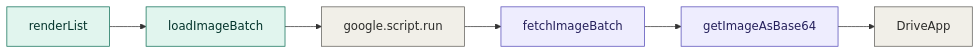
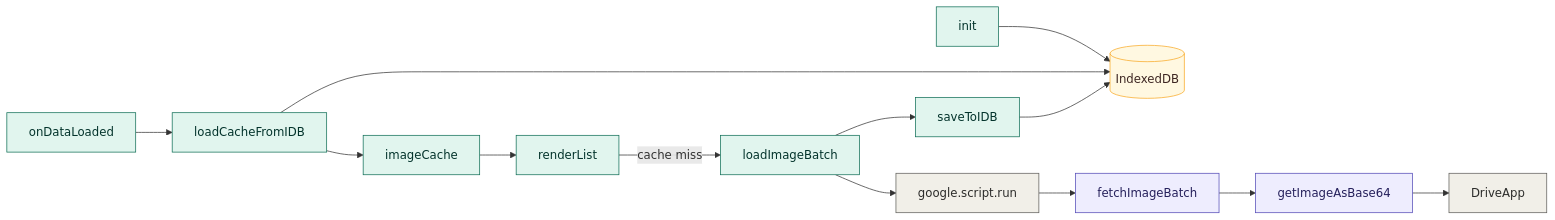
Before and after one commit to oleksiisedun/personnel-database: the fifth of 6 diagrams in README.md, drawn with Mermaid. The commit also changed other lines of this file and 4 other files, not shown here.

First line of the commit message:
Add persistent IndexedDB image cache to avoid re-fetching on every dialog open

````diff
--- a/README.md
+++ b/README.md
@@ -282,13 +285,19 @@
 ```mermaid
 flowchart LR
-  renderList --> loadImageBatch --> gsr[google.script.run]
+  init --> openImageDB[(IndexedDB)]
+  onDataLoaded --> loadCacheFromIDB --> openImageDB
+  loadCacheFromIDB --> imageCache --> renderList
+  renderList -->|cache miss| loadImageBatch --> gsr[google.script.run]
   gsr --> fetchImageBatch --> getImageAsBase64 --> DriveApp
+  loadImageBatch --> saveToIDB --> openImageDB
 
   classDef code   fill:#EEEDFE,stroke:#534AB7,color:#26215C
   classDef client fill:#E1F5EE,stroke:#0F6E56,color:#04342C
   classDef api    fill:#F1EFE8,stroke:#5F5E5A,color:#2C2C2A
+  classDef store  fill:#FFF8E1,stroke:#F9A825,color:#3E2723
 
   class fetchImageBatch,getImageAsBase64 code
-  class renderList,loadImageBatch client
+  class init,onDataLoaded,loadCacheFromIDB,imageCache,renderList,loadImageBatch,saveToIDB client
   class gsr,DriveApp api
+  class openImageDB store
 ```
````
